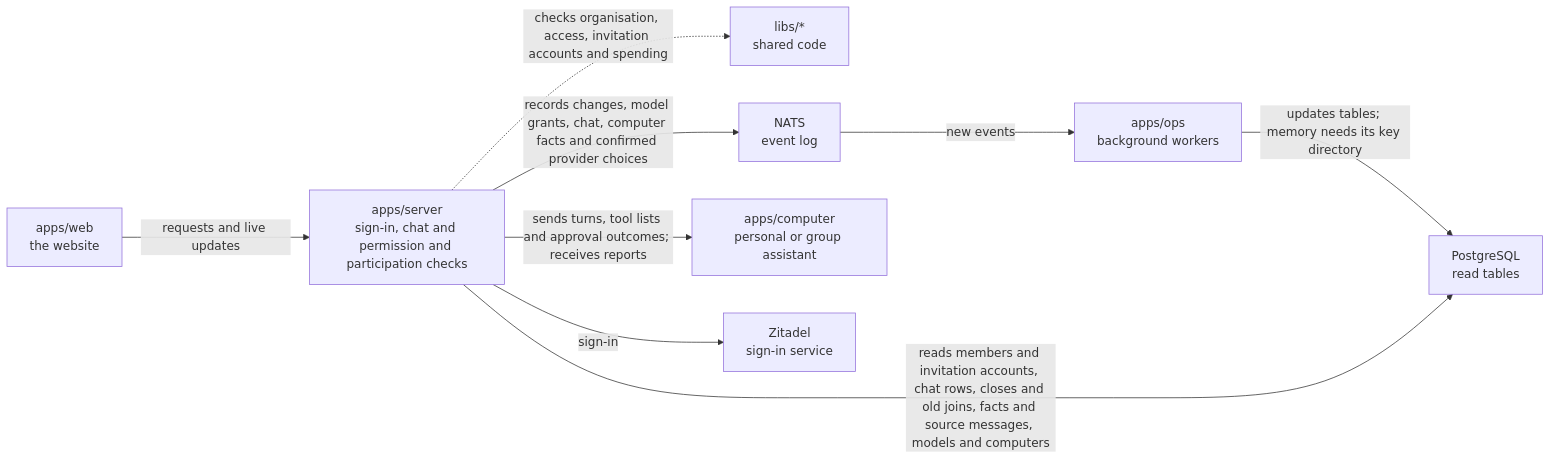
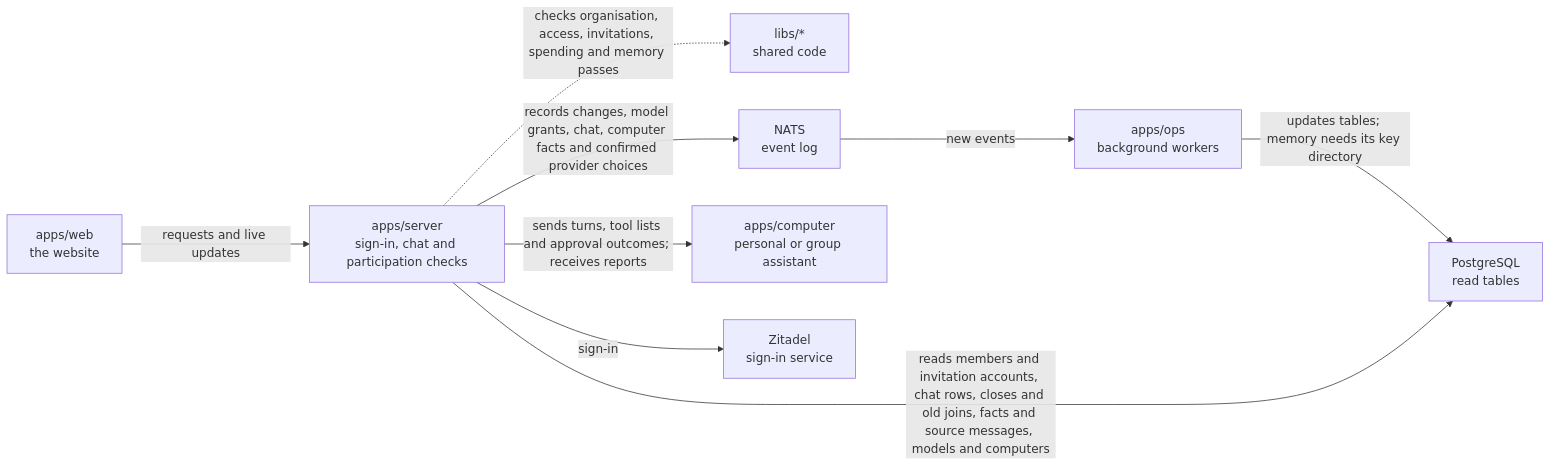
One commit to elewa-git/opencrane-new changed the diagram in apps/server/README.md. Above: the diagram before and after it, drawn with Mermaid. The commit also changed other lines of this file and 22 other files, not shown here.

````diff
--- a/apps/server/README.md
+++ b/apps/server/README.md
@@ -11,11 +11,11 @@
 ```mermaid
 flowchart LR
-  web["apps/web<br/>the website"] -->|requests and live updates| server["apps/server<br/>sign-in, chat and permission and participation checks"]
-  server -.->|checks organisation, access, invitation accounts and spending| libs["libs/*<br/>shared code"]
+  web["apps/web<br/>the website"] -->|requests and live updates| server["apps/server<br/>sign-in, chat and participation checks"]
+  server -.->|checks organisation, access, invitations, spending and memory passes| libs["libs/*<br/>shared code"]
   server -->|records changes, model grants, chat, computer facts and confirmed provider choices| nats["NATS<br/>event log"]
   nats -->|new events| ops["apps/ops<br/>background workers"]
   ops -->|updates tables; memory needs its key directory| postgres["PostgreSQL<br/>read tables"]
   server -->|reads members and invitation accounts, chat rows, closes and old joins, facts and source messages, models and computers| postgres
   server -->|sends turns, tool lists and approval outcomes; receives reports| computer["apps/computer<br/>personal or group assistant"]
   server -->|sign-in| zitadel["Zitadel<br/>sign-in service"]
 ```
````
